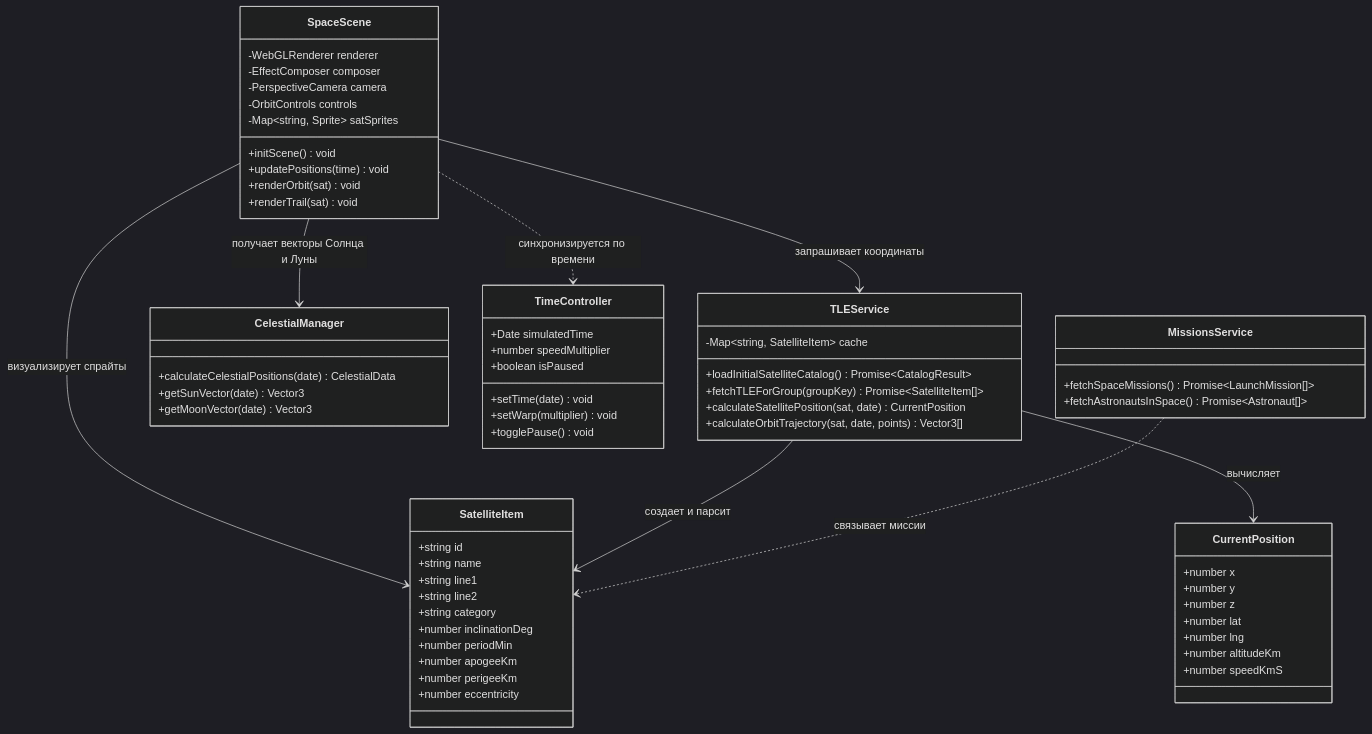
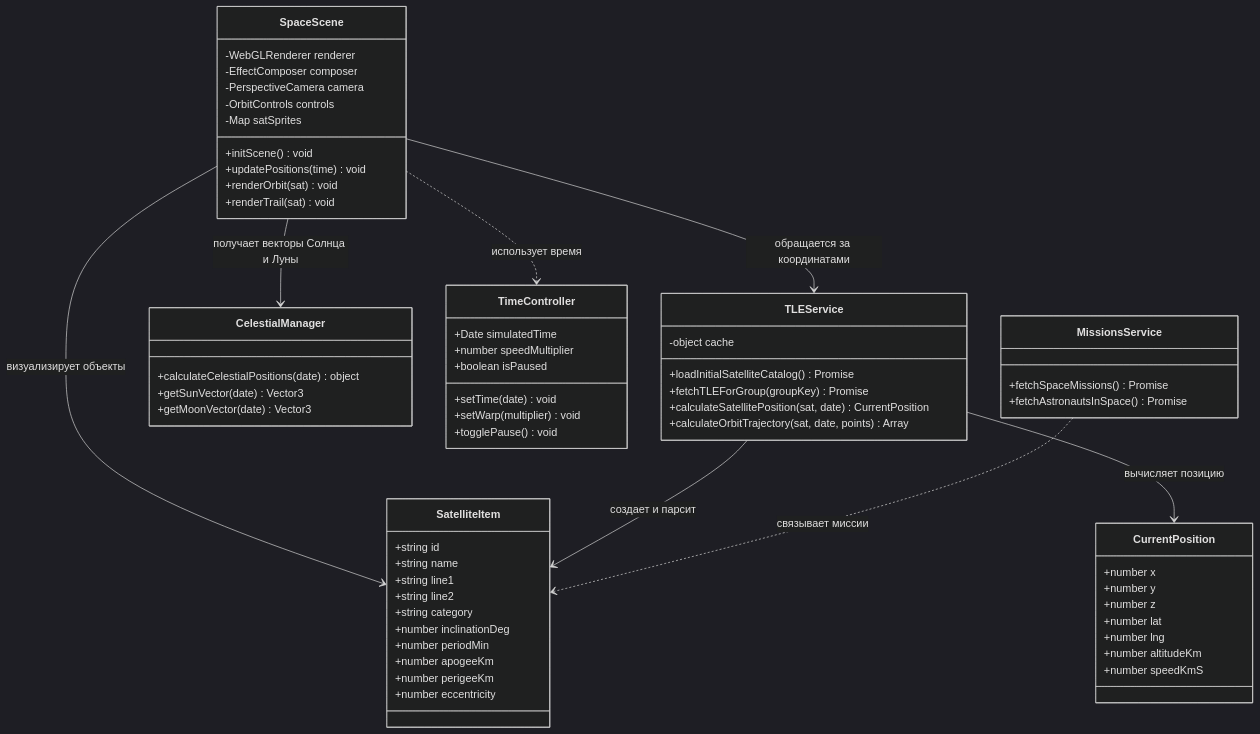
One commit to ajdan8017-pixel/OrbitWatch changed the first of 9 diagrams in diagrams-overview.md. Above: the diagram before and after it, drawn with Mermaid (dark theme). The commit also changed other lines of this file, not shown here.

````diff
--- a/diagrams-overview.md
+++ b/diagrams-overview.md
@@ -20,73 +20,73 @@
 ```mermaid
 classDiagram
     class SatelliteItem {
         +string id
         +string name
         +string line1
         +string line2
         +string category
         +number inclinationDeg
         +number periodMin
         +number apogeeKm
         +number perigeeKm
         +number eccentricity
     }
 
     class CurrentPosition {
         +number x
         +number y
         +number z
         +number lat
         +number lng
         +number altitudeKm
         +number speedKmS
     }
 
     class TLEService {
-        -Map~string, SatelliteItem~ cache
-        +loadInitialSatelliteCatalog() Promise~CatalogResult~
-        +fetchTLEForGroup(groupKey) Promise~SatelliteItem[]~
+        -object cache
+        +loadInitialSatelliteCatalog() Promise
+        +fetchTLEForGroup(groupKey) Promise
         +calculateSatellitePosition(sat, date) CurrentPosition
-        +calculateOrbitTrajectory(sat, date, points) Vector3[]
+        +calculateOrbitTrajectory(sat, date, points) Array
     }
 
     class CelestialManager {
-        +calculateCelestialPositions(date) CelestialData
+        +calculateCelestialPositions(date) object
         +getSunVector(date) Vector3
         +getMoonVector(date) Vector3
     }
 
     class SpaceScene {
         -WebGLRenderer renderer
         -EffectComposer composer
         -PerspectiveCamera camera
         -OrbitControls controls
-        -Map~string, Sprite~ satSprites
+        -Map satSprites
         +initScene() void
         +updatePositions(time) void
         +renderOrbit(sat) void
         +renderTrail(sat) void
     }
 
     class TimeController {
         +Date simulatedTime
         +number speedMultiplier
         +boolean isPaused
         +setTime(date) void
         +setWarp(multiplier) void
         +togglePause() void
     }
 
     class MissionsService {
-        +fetchSpaceMissions() Promise~LaunchMission[]~
-        +fetchAstronautsInSpace() Promise~Astronaut[]~
+        +fetchSpaceMissions() Promise
+        +fetchAstronautsInSpace() Promise
     }
 
-    SpaceScene --> TLEService : запрашивает координаты
+    SpaceScene --> TLEService : обращается за координатами
     SpaceScene --> CelestialManager : получает векторы Солнца и Луны
-    SpaceScene --> SatelliteItem : визуализирует спрайты
+    SpaceScene --> SatelliteItem : визуализирует объекты
     TLEService --> SatelliteItem : создает и парсит
-    TLEService --> CurrentPosition : вычисляет
-    SpaceScene ..> TimeController : синхронизируется по времени
+    TLEService --> CurrentPosition : вычисляет позицию
+    SpaceScene ..> TimeController : использует время
     MissionsService ..> SatelliteItem : связывает миссии
 ```
````
